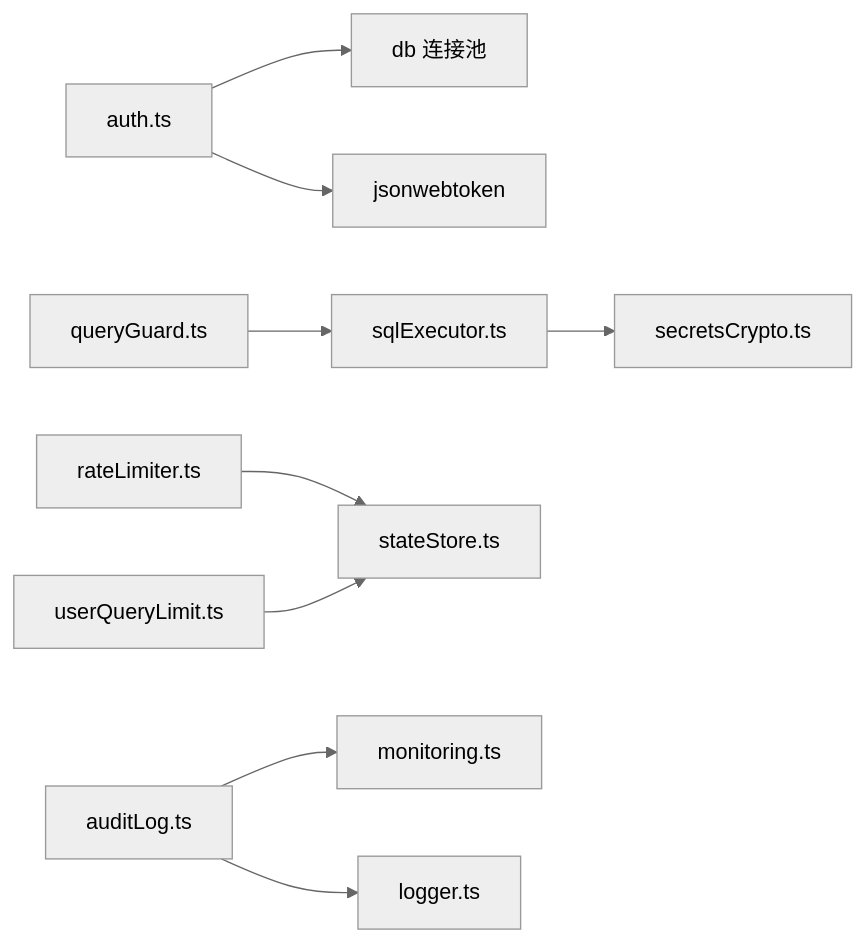
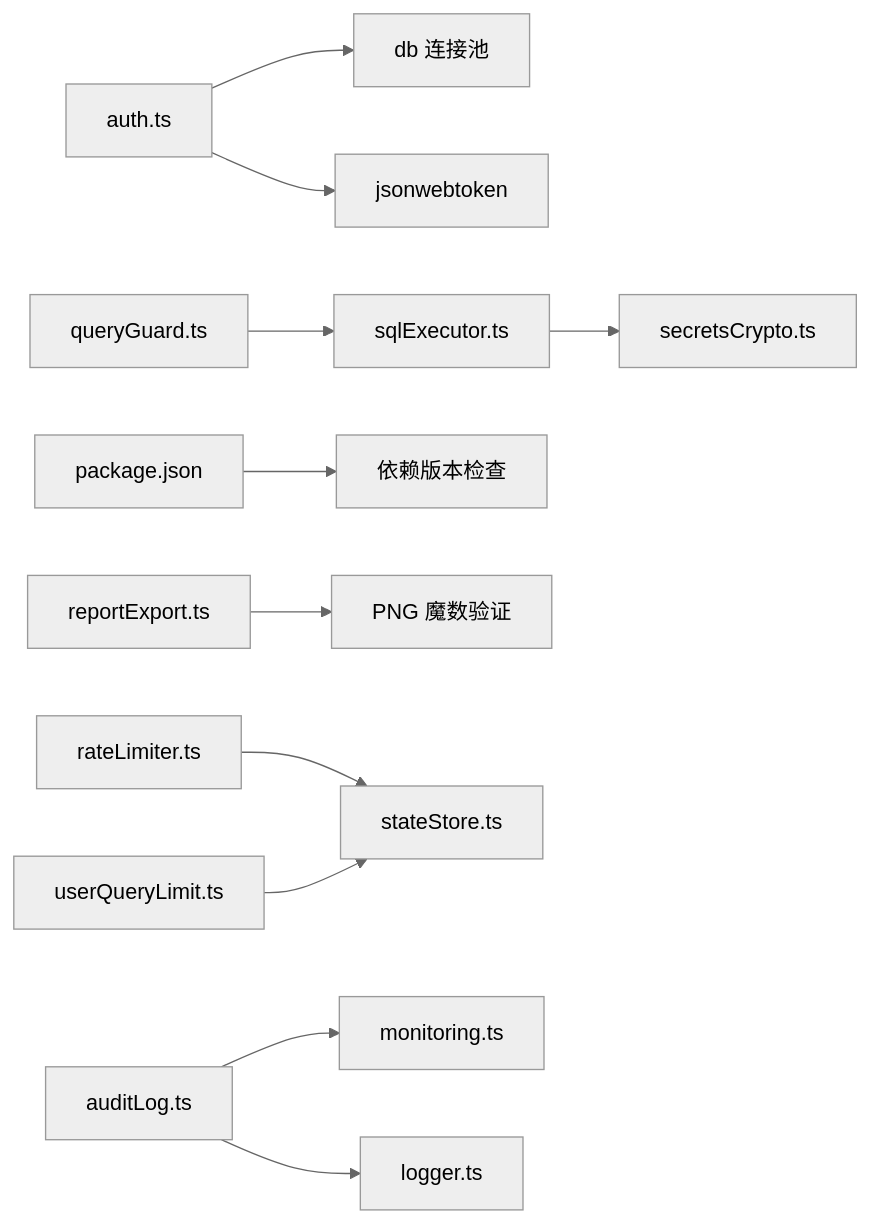
Before and after one commit to dgjin/smart-data-analytics: diagram 11 of 11 in .qoder/repowiki/zh/content/安全与认证/安全防护.md, drawn with Mermaid (neutral theme). The commit also changed other lines of this file and 100 other files, not shown here.

````diff
--- a/.qoder/repowiki/zh/content/安全与认证/安全防护.md
+++ b/.qoder/repowiki/zh/content/安全与认证/安全防护.md
@@ -354,11 +449,13 @@
 ```mermaid
 graph LR
 Auth["auth.ts"] --> DB["db 连接池"]
 Auth --> JWT["jsonwebtoken"]
 QueryGuard["queryGuard.ts"] --> SqlExec["sqlExecutor.ts"]
+DepSec["package.json"] --> DepCheck["依赖版本检查"]
+FileVal["reportExport.ts"] --> PNGCheck["PNG 魔数验证"]
 RateLim["rateLimiter.ts"] --> State["stateStore.ts"]
 UserQL["userQueryLimit.ts"] --> State
 SqlExec --> Secrets["secretsCrypto.ts"]
 Audit["auditLog.ts"] --> Monitor["monitoring.ts"]
 Audit --> Logger["logger.ts"]
 ```
````
